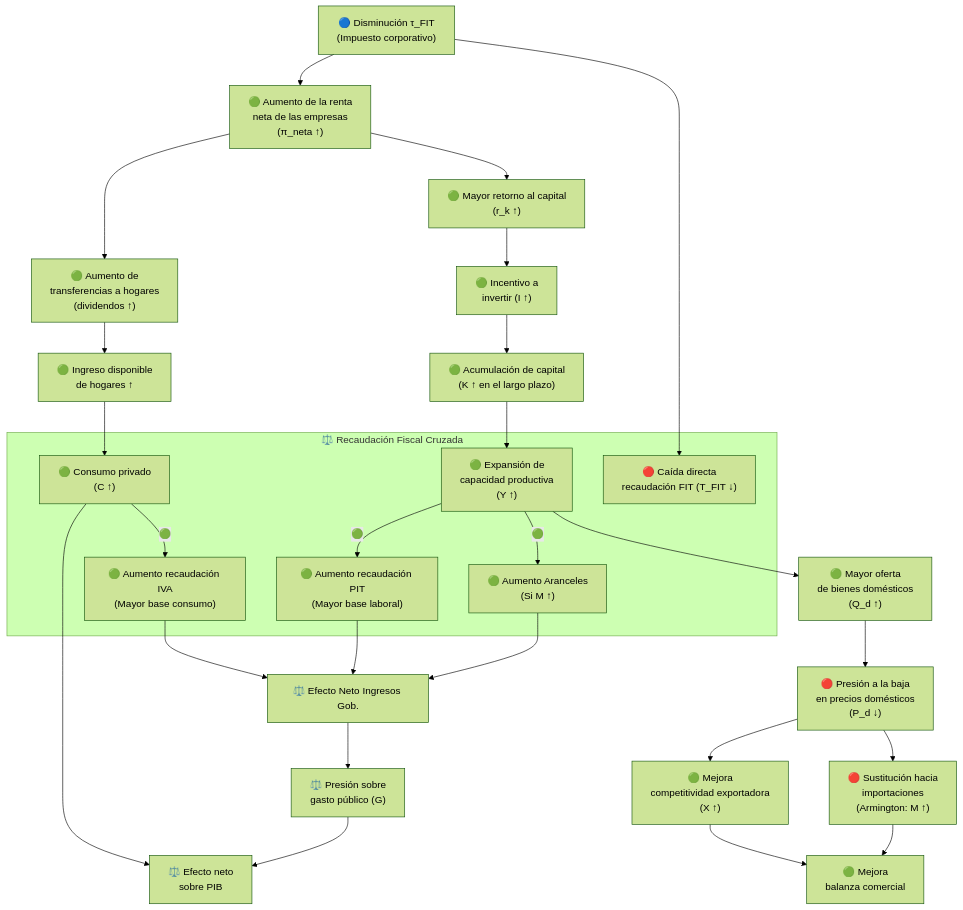
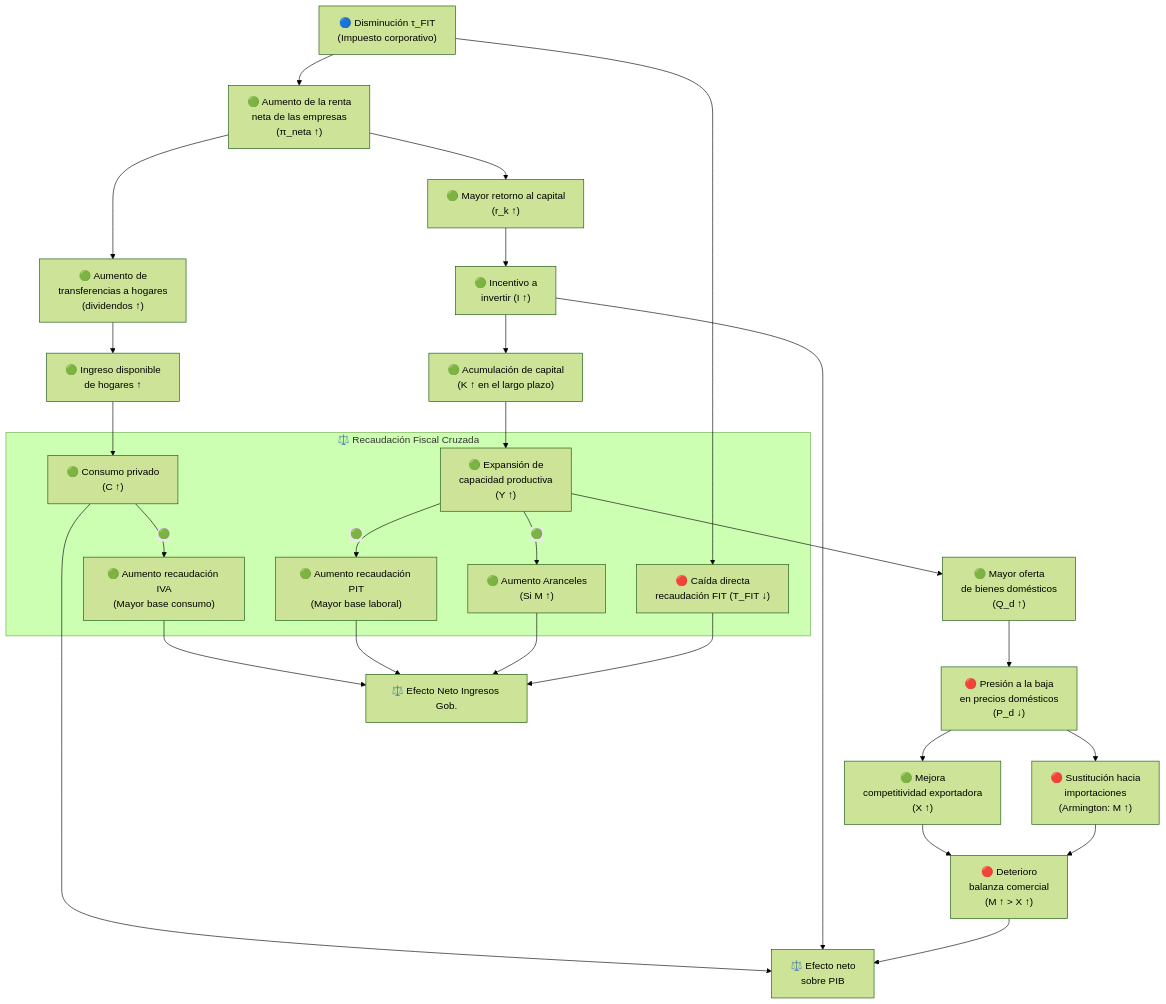
The first of 3 diagrams in documentacion/esquemas_transmision_politicas.md (fcohenriquez/eq_general), drawn with Mermaid (forest theme) before and after one commit. The commit also changed other lines of this file and 1 other file, not shown here.

````diff
--- a/documentacion/esquemas_transmision_politicas.md
+++ b/documentacion/esquemas_transmision_politicas.md
@@ -22,38 +22,37 @@
 ```mermaid
 flowchart TD
     A["🔵 Disminución τ_FIT\n(Impuesto corporativo)"]
 
     A --> B["🟢 Aumento de la renta\nneta de las empresas\n(π_neta ↑)"]
     B --> C["🟢 Aumento de\ntransferencias a hogares\n(dividendos ↑)"]
     B --> D["🟢 Mayor retorno al capital\n(r_k ↑)"]
 
     D --> E["🟢 Incentivo a\ninvertir (I ↑)"]
     E --> F["🟢 Acumulación de capital\n(K ↑ en el largo plazo)"]
     F --> G["🟢 Expansión de\ncapacidad productiva\n(Y ↑)"]
 
     C --> H["🟢 Ingreso disponible\nde hogares ↑"]
     H --> I["🟢 Consumo privado\n(C ↑)"]
 
     G --> J["🟢 Mayor oferta\nde bienes domésticos\n(Q_d ↑)"]
     J --> K["🔴 Presión a la baja\nen precios domésticos\n(P_d ↓)"]
     K --> L["🟢 Mejora\ncompetitividad exportadora\n(X ↑)"]
     K --> M["🔴 Sustitución hacia\nimportaciones\n(Armington: M ↑)"]
 
-    L --> N["🟢 Mejora\nbalanza comercial"]
+    L --> N["🔴 Deterioro\nbalanza comercial\n(M ↑ > X ↑)"]
     M --> N
 
     A --> O["🔴 Caída directa\nrecaudación FIT (T_FIT ↓)"]
     
     subgraph Recaudacion["⚖️ Recaudación Fiscal Cruzada"]
         O
         I -- "🟢" --> T_IVA["🟢 Aumento recaudación IVA\n(Mayor base consumo)"]
         G -- "🟢" --> T_PIT["🟢 Aumento recaudación PIT\n(Mayor base laboral)"]
         G -- "🟢" --> T_TAR["🟢 Aumento Aranceles\n(Si M ↑)"]
     end
 
-    T_IVA & T_PIT & T_TAR --> P["⚖️ Efecto Neto Ingresos Gob."]
-    P --> Q["⚖️ Presión sobre\ngasto público (G)"]
+    T_IVA & T_PIT & T_TAR & O --> P["⚖️ Efecto Neto Ingresos Gob."]
+        
+    I & E & N --> R["⚖️ Efecto neto\nsobre PIB"]
     
-    I --> R["⚖️ Efecto neto\nsobre PIB"]
-    Q --> R
 ```
````
